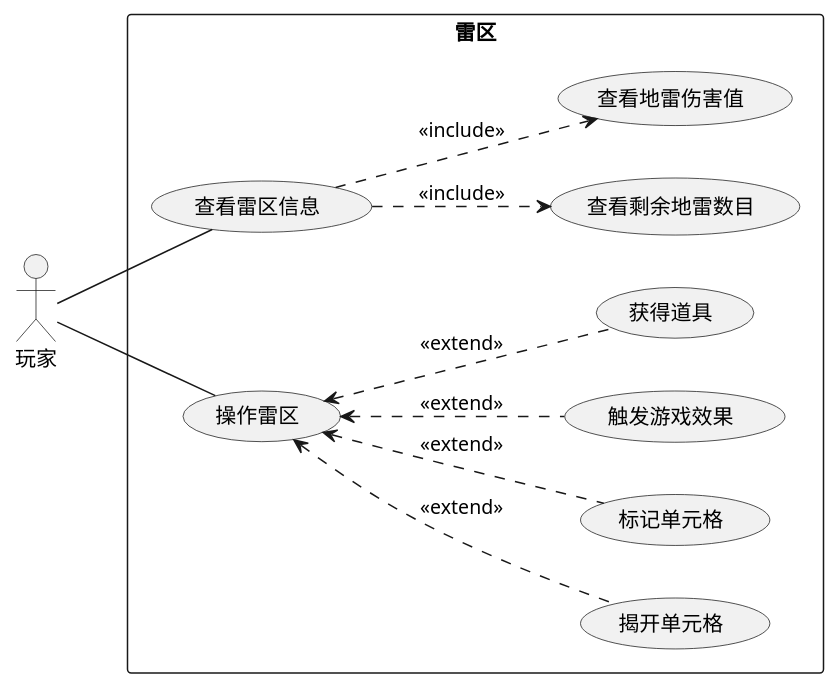
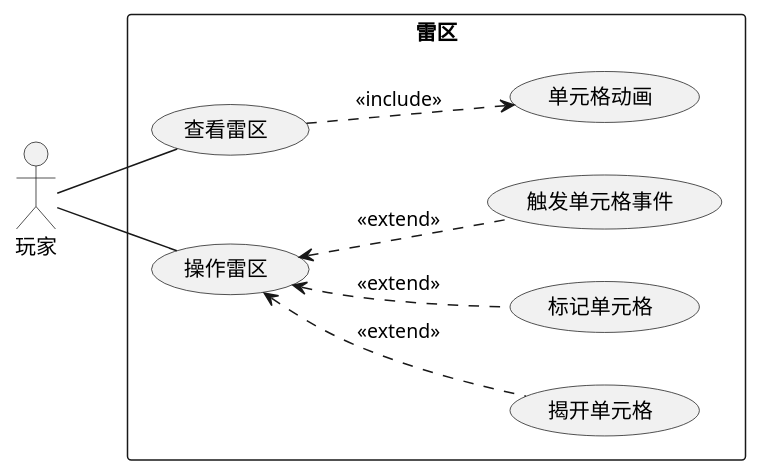
Before and after one commit to SnekTech/mine-sweeper-rogue-lib: the diagram in SnekPlugin/Diagrams/UseCase/grid.puml, drawn with PlantUML. The commit also changed 1 other file, not shown here.

Commit message:
update diagrams

```diff
--- a/SnekPlugin/Diagrams/UseCase/grid.puml
+++ b/SnekPlugin/Diagrams/UseCase/grid.puml
@@ -1,31 +1,29 @@
 @startuml
 
 left to right direction
 
 actor "玩家" as p1
 
 rectangle 雷区 {
 
-    usecase check_grid_info as "查看雷区信息"
-    usecase check_bomb_remain as "查看剩余地雷数目"
-    usecase check_bomb_damage as "查看地雷伤害值"
+    usecase check_grid_info as "查看雷区"
+    usecase check_bomb_remain as "单元格动画"
+'    usecase check_bomb_damage as "查看地雷伤害值"
     check_grid_info ..> check_bomb_remain : <<include>>
-    check_grid_info ..> check_bomb_damage : <<include>>
+'    check_grid_info ..> check_bomb_damage : <<include>>
     
     usecase manipulate_grid as "操作雷区"
     usecase reveal_cell as "揭开单元格"
     usecase flag_cell as "标记单元格"
     manipulate_grid <.. reveal_cell : <<extend>>
     manipulate_grid <.. flag_cell : <<extend>>
     
-    usecase trigger_event as "触发游戏效果"
-    usecase get_item as "获得道具"
+    usecase trigger_event as "触发单元格事件"
     manipulate_grid <.. trigger_event : <<extend>>
-    manipulate_grid <.. get_item : <<extend>>
     
 }
 
 p1 -- check_grid_info
 p1 -- manipulate_grid
 
 @enduml
```
